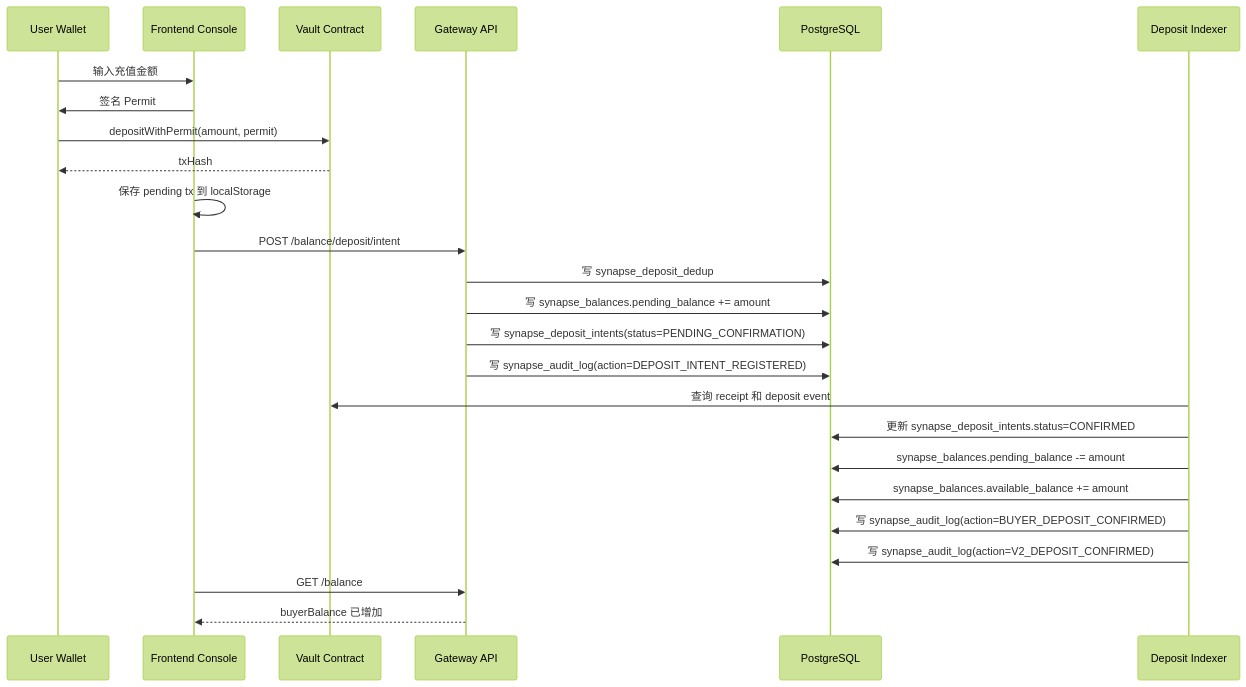
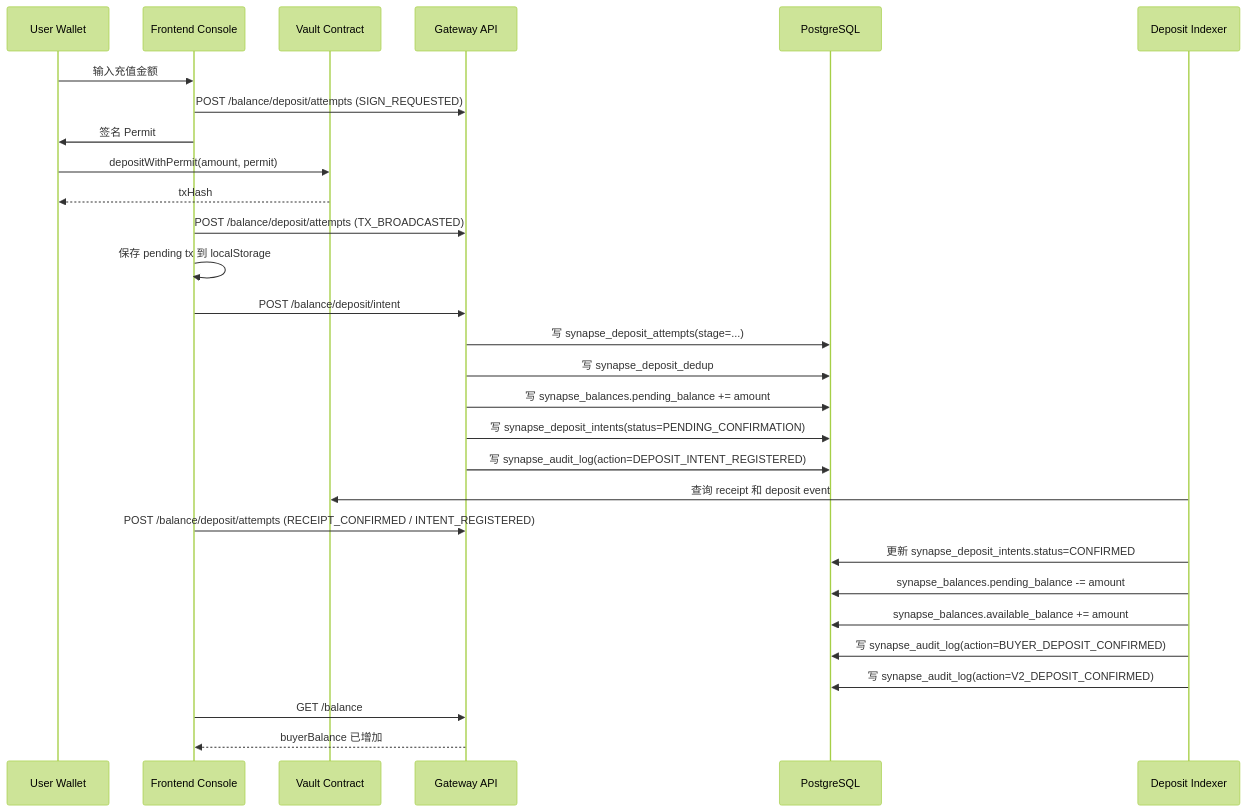
The diagram in docs/03_Smart_Contract_Payment/Buyer_Deposit_End_to_End_Dataflow.md (SynapseNetworkAI/Synapse-Network), drawn with Mermaid (forest theme) before and after one commit. The commit also changed other lines of this file and 7 other files, not shown here.

````diff
--- a/docs/03_Smart_Contract_Payment/Buyer_Deposit_End_to_End_Dataflow.md
+++ b/docs/03_Smart_Contract_Payment/Buyer_Deposit_End_to_End_Dataflow.md
@@ -75,28 +76,32 @@
 ```mermaid
 sequenceDiagram
     participant U as User Wallet
     participant F as Frontend Console
     participant C as Vault Contract
     participant G as Gateway API
     participant DB as PostgreSQL
     participant I as Deposit Indexer
 
     U->>F: 输入充值金额
+    F->>G: POST /balance/deposit/attempts (SIGN_REQUESTED)
     F->>U: 签名 Permit
     U->>C: depositWithPermit(amount, permit)
     C-->>U: txHash
+    F->>G: POST /balance/deposit/attempts (TX_BROADCASTED)
     F->>F: 保存 pending tx 到 localStorage
     F->>G: POST /balance/deposit/intent
+    G->>DB: 写 synapse_deposit_attempts(stage=...)
     G->>DB: 写 synapse_deposit_dedup
     G->>DB: 写 synapse_balances.pending_balance += amount
     G->>DB: 写 synapse_deposit_intents(status=PENDING_CONFIRMATION)
     G->>DB: 写 synapse_audit_log(action=DEPOSIT_INTENT_REGISTERED)
     I->>C: 查询 receipt 和 deposit event
+    F->>G: POST /balance/deposit/attempts (RECEIPT_CONFIRMED / INTENT_REGISTERED)
     I->>DB: 更新 synapse_deposit_intents.status=CONFIRMED
     I->>DB: synapse_balances.pending_balance -= amount
     I->>DB: synapse_balances.available_balance += amount
     I->>DB: 写 synapse_audit_log(action=BUYER_DEPOSIT_CONFIRMED)
     I->>DB: 写 synapse_audit_log(action=V2_DEPOSIT_CONFIRMED)
     F->>G: GET /balance
     G-->>F: buyerBalance 已增加
 ```
````
